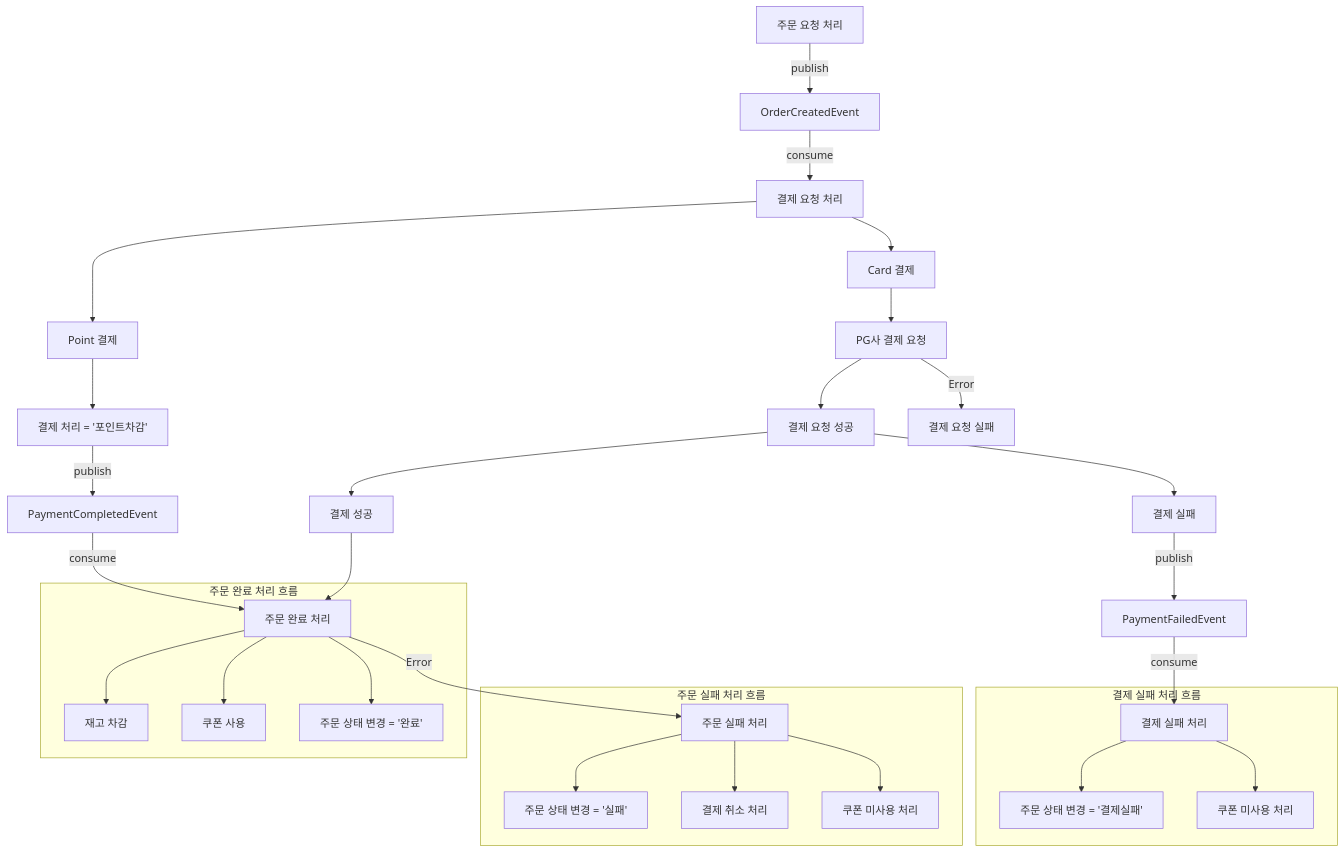
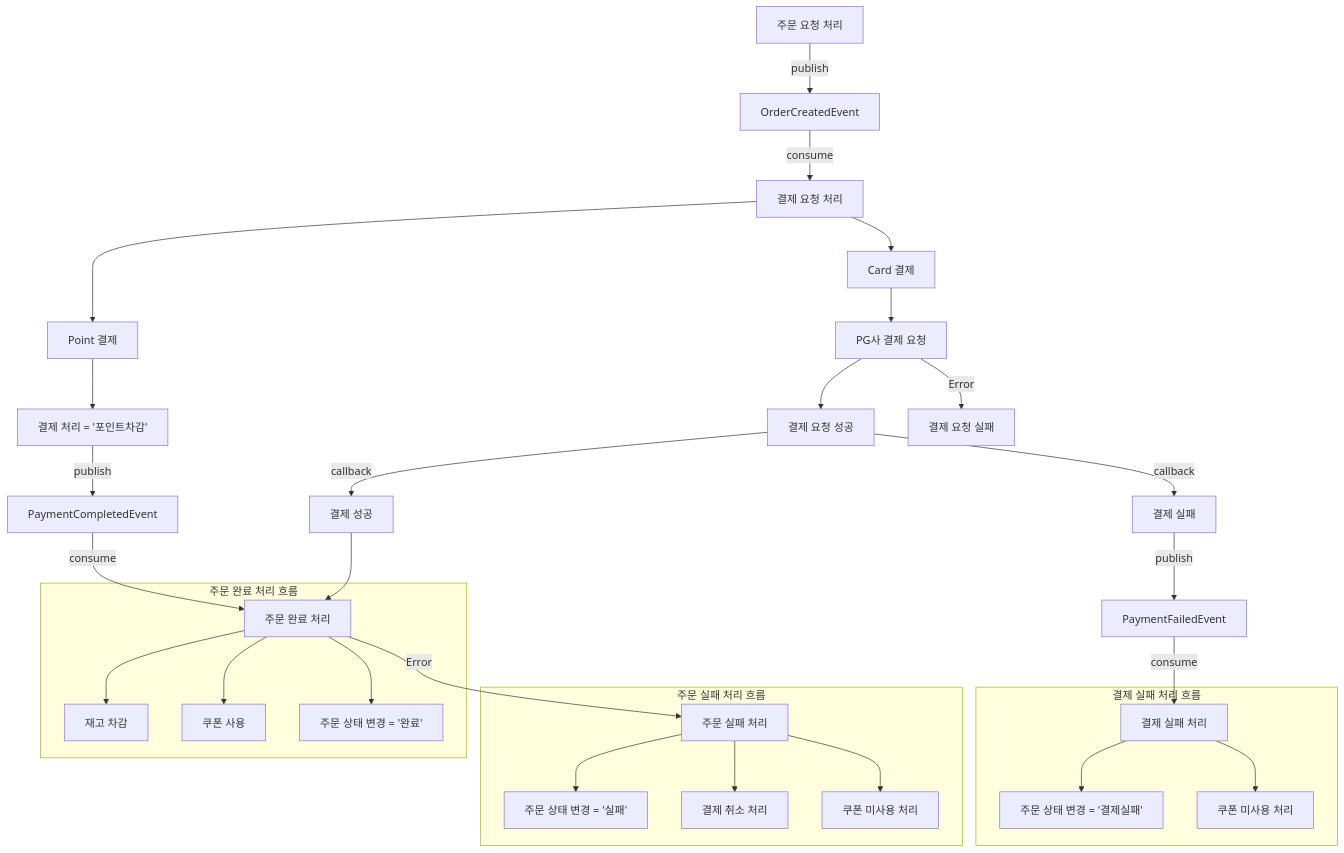
The diagram in docs/event/order-flow.md (kiekk/gamsung-commerce), drawn with Mermaid before and after one commit.

Commit message:
docs: order flowchart 수정

````diff
--- a/docs/event/order-flow.md
+++ b/docs/event/order-flow.md
@@ -11,39 +11,39 @@
 ```mermaid
 flowchart TD
     A[주문 요청 처리] -->|publish| B[OrderCreatedEvent]
     B -->|consume| C[결제 요청 처리]
     C --> D[Point 결제]
     C --> E[Card 결제]
     D --> F[결제 처리 = '포인트차감']
     F -->|publish| G[PaymentCompletedEvent]
     E --> H[PG사 결제 요청]
     H --> Q[결제 요청 성공]
-    Q --> S[결제 성공]
-    Q --> T[결제 실패]
+    Q -->|callback| S[결제 성공]
+    Q -->|callback| T[결제 실패]
     T -->|publish| Z[PaymentFailedEvent]
     Z -->|consume| U[결제 실패 처리]
     S --> I
     H -->|Error| R[결제 요청 실패]
     G -->|consume| I[주문 완료 처리]
 
 %% === 주문 완료 처리 그룹 ===
     subgraph S1[주문 완료 처리 흐름]
         I --> J[재고 차감]
         I --> K[쿠폰 사용]
         I --> L[주문 상태 변경 = '완료']
     end
 
 %% === 주문 실패 처리 그룹 ===
     subgraph S2[주문 실패 처리 흐름]
         I -->|Error| M[주문 실패 처리]
         M --> N[주문 상태 변경 = '실패']
         M --> O[결제 취소 처리]
         M --> P[쿠폰 미사용 처리]
     end
 
 %% === 결제 실패 처리 그룹 ===
     subgraph S3[결제 실패 처리 흐름]
         U --> V[주문 상태 변경 = '결제실패']
         U --> W[쿠폰 미사용 처리]
     end
 ```
````
